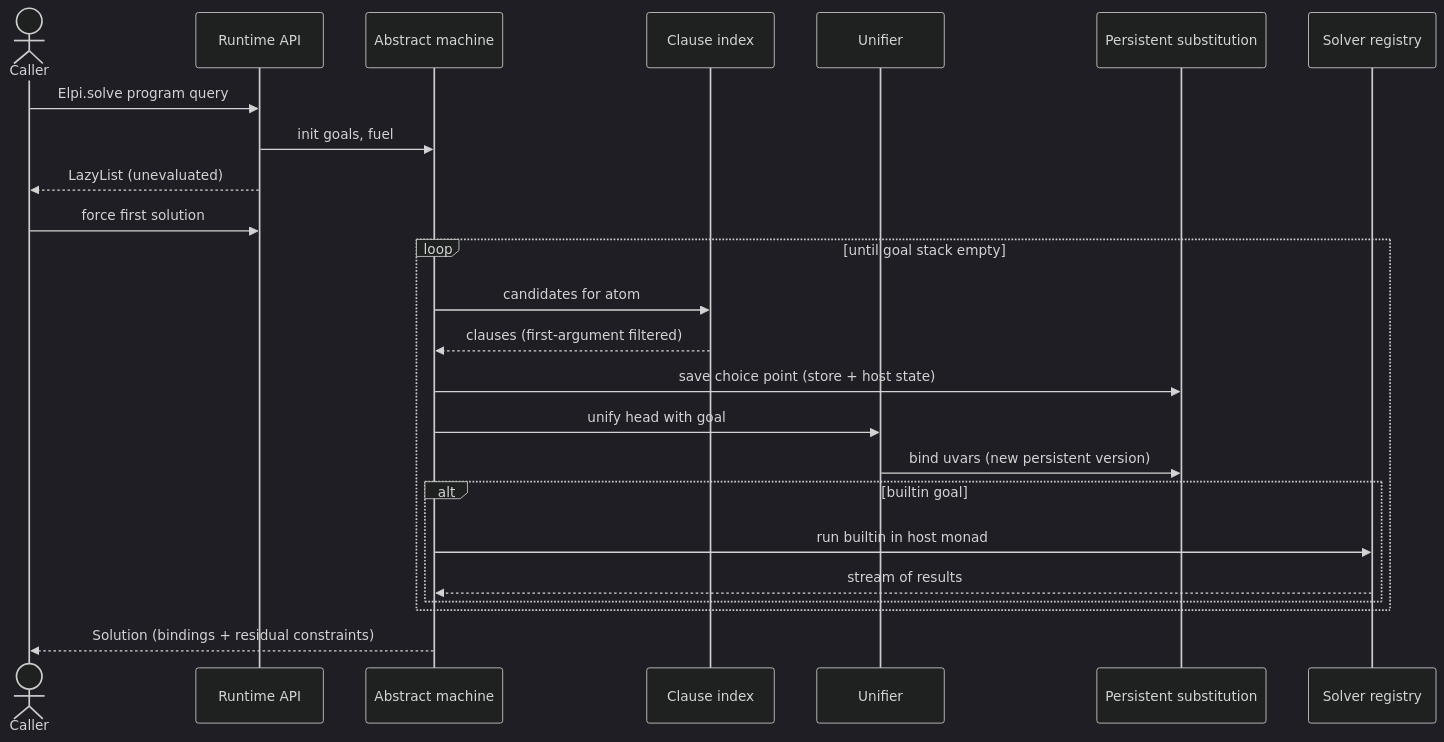
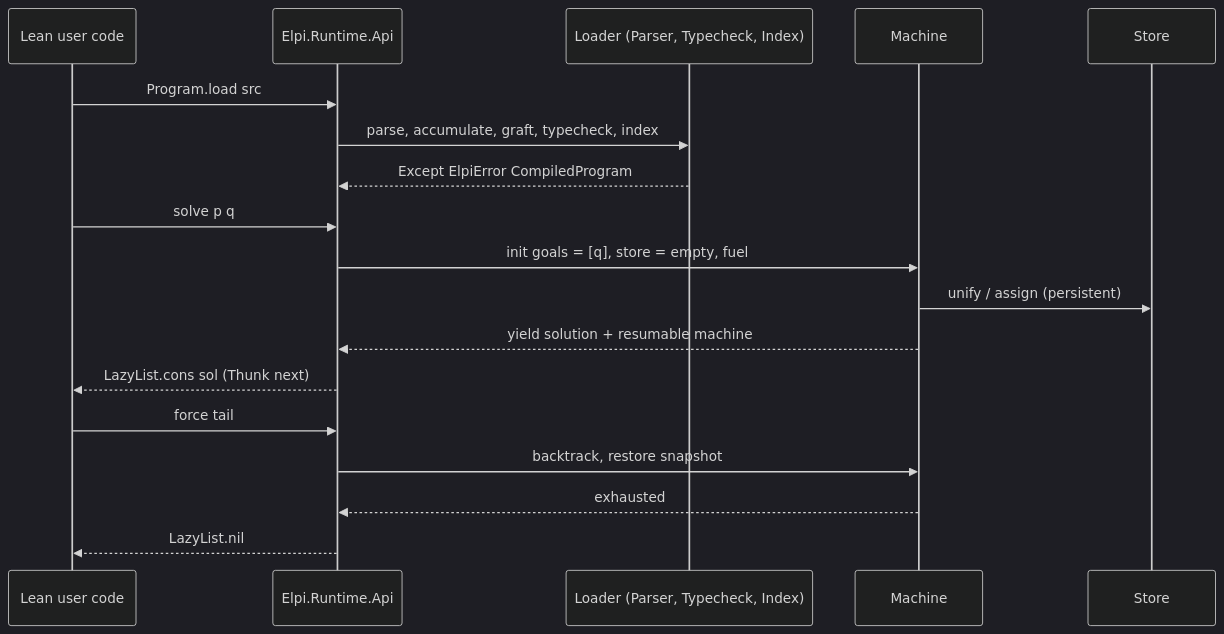
One commit to Volland/lean-elpi changed the fourth of 7 diagrams in tg.md/architecture/uml.md. Above: the diagram before and after it, drawn with Mermaid (dark theme). The commit also changed other lines of this file and 128 other files, not shown here.

Commit message:
Implement and archive add-elpi-core (M1): engine, typechecker, runtime API, CLI, std, conformance

````diff
--- a/tg.md/architecture/uml.md
+++ b/tg.md/architecture/uml.md
@@ -180,26 +191,20 @@
 ```mermaid
 sequenceDiagram
-  actor Caller
-  participant API as Runtime API
-  participant M as Abstract machine
-  participant I as Clause index
-  participant U as Unifier
-  participant S as Persistent substitution
-  participant R as Solver registry
-  Caller->>API: Elpi.solve program query
-  API->>M: init goals, fuel
-  API-->>Caller: LazyList (unevaluated)
-  Caller->>API: force first solution
-  loop until goal stack empty
-    M->>I: candidates for atom
-    I-->>M: clauses (first-argument filtered)
-    M->>S: save choice point (store + host state)
-    M->>U: unify head with goal
-    U->>S: bind uvars (new persistent version)
-    alt builtin goal
-      M->>R: run builtin in host monad
-      R-->>M: stream of results
-    end
-  end
-  M-->>Caller: Solution (bindings + residual constraints)
+    participant U as Lean user code
+    participant API as Elpi.Runtime.Api
+    participant L as Loader (Parser, Typecheck, Index)
+    participant M as Machine
+    participant S as Store
+    U->>API: Program.load src
+    API->>L: parse, accumulate, graft, typecheck, index
+    L-->>API: Except ElpiError CompiledProgram
+    U->>API: solve p q
+    API->>M: init goals = [q], store = empty, fuel
+    M->>S: unify / assign (persistent)
+    M-->>API: yield solution + resumable machine
+    API-->>U: LazyList.cons sol (Thunk next)
+    U->>API: force tail
+    API->>M: backtrack, restore snapshot
+    M-->>API: exhausted
+    API-->>U: LazyList.nil
 ```
````
